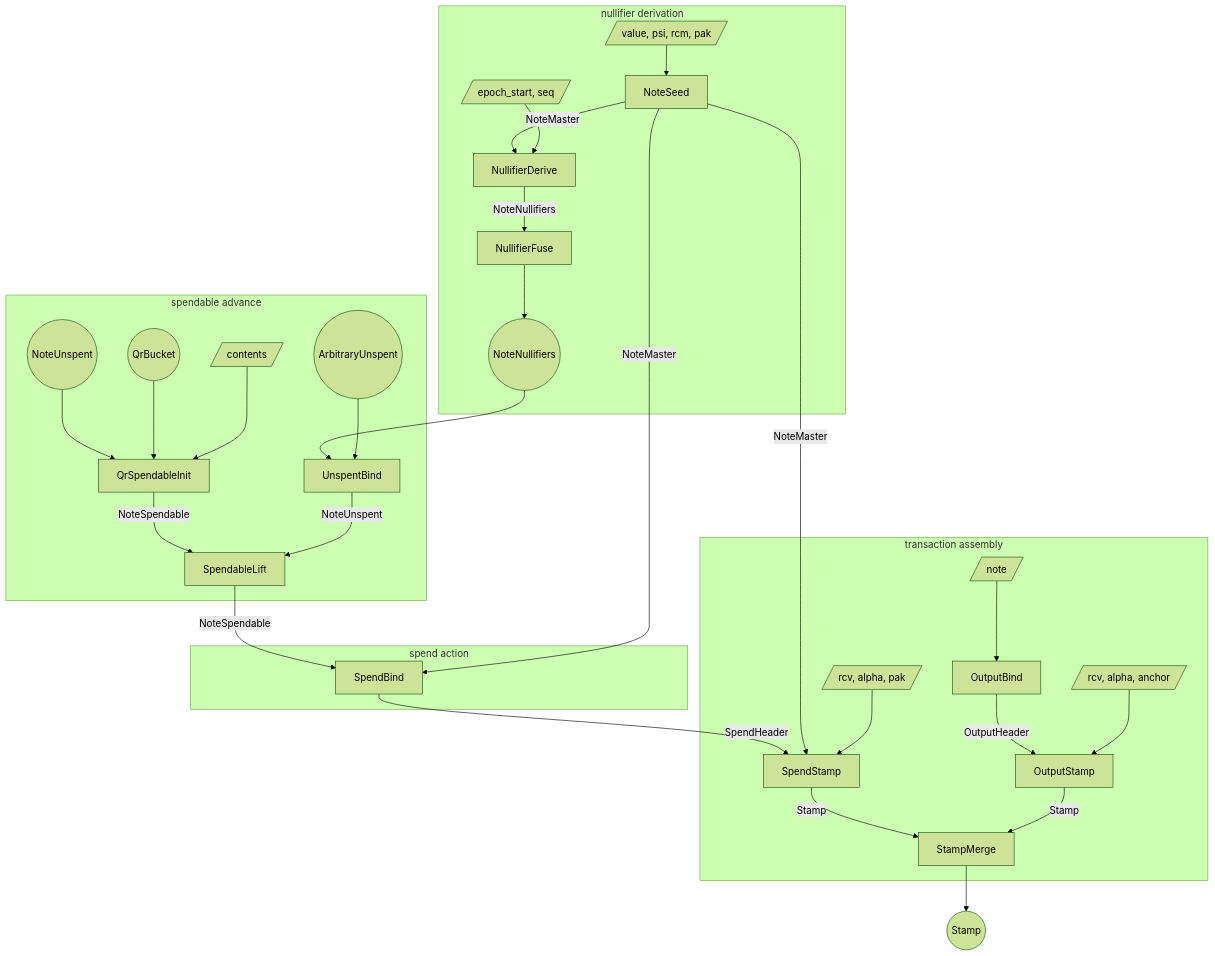
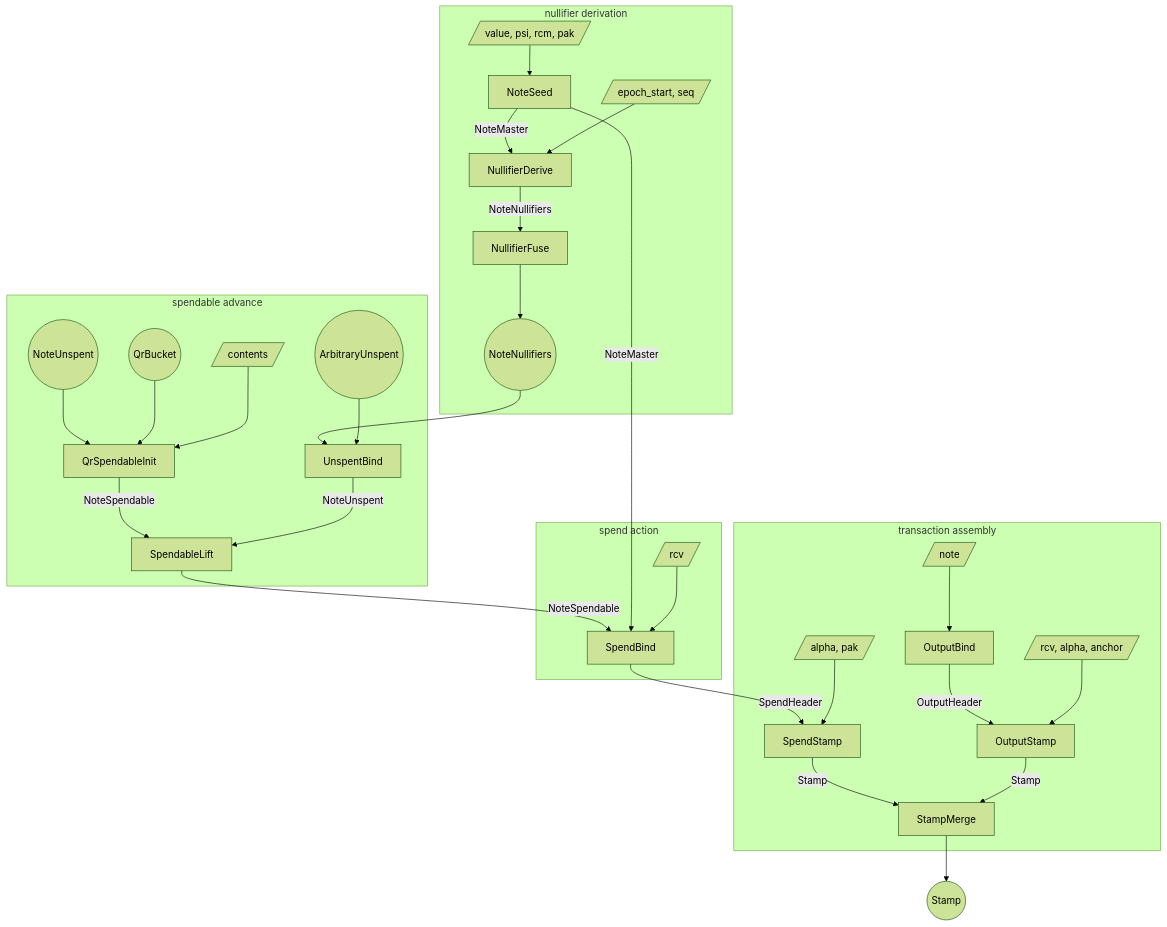
The first of 3 diagrams in book/src/proof-tree.md (tachyon-zcash/tachyon), drawn with Mermaid (forest theme) before and after one commit. The commit also changed other lines of this file and 9 other files, not shown here.

````diff
--- a/book/src/proof-tree.md
+++ b/book/src/proof-tree.md
@@ -294,64 +308,65 @@
 ```mermaid
 flowchart TB
   subgraph derive [nullifier derivation]
     w_seed[/value, psi, rcm, pak/]
     s_seed[NoteSeed]
     w_window[/epoch_start, seq/]
     s_window[NullifierDerive]
     s_dfuse[NullifierFuse]
     nf_range((NoteNullifiers))
   end
 
   subgraph spendable [spendable advance]
     bucket_in((QrBucket))
     creation_in((NoteUnspent))
     w_init[/contents/]
     s_init[QrSpendableInit]
     unspent_in((ArbitraryUnspent))
     s_unspentbind[UnspentBind]
     s_lift[SpendableLift]
   end
 
   subgraph spend_stamp [spend action]
+    w_bind[/rcv/]
     s_bind[SpendBind]
   end
 
   subgraph merge [transaction assembly]
-    w_stamp[/rcv, alpha, pak/]
+    w_stamp[/alpha, pak/]
     s_spendstamp[SpendStamp]
     w_outbind[/note/]
     s_outbind[OutputBind]
     w_output[/rcv, alpha, anchor/]
     s_output[OutputStamp]
     s_merge[StampMerge]
   end
 
   stamp_out((Stamp))
 
   w_seed --> s_seed
   s_seed -->|NoteMaster| s_window
   w_window --> s_window
   s_window -->|NoteNullifiers| s_dfuse
   s_dfuse --> nf_range
 
   creation_in --> s_init
   bucket_in --> s_init
   w_init --> s_init
   nf_range --> s_unspentbind
   unspent_in --> s_unspentbind
   s_init -->|NoteSpendable| s_lift
   s_unspentbind -->|NoteUnspent| s_lift
   s_lift -->|NoteSpendable| s_bind
 
   s_seed -->|NoteMaster| s_bind
+  w_bind --> s_bind
   s_bind -->|SpendHeader| s_spendstamp
-  s_seed -->|NoteMaster| s_spendstamp
   w_stamp --> s_spendstamp
 
   w_outbind --> s_outbind
   s_outbind -->|OutputHeader| s_output
   w_output --> s_output
   s_spendstamp -->|Stamp| s_merge
   s_output -->|Stamp| s_merge
   s_merge --> stamp_out
 ```
````
